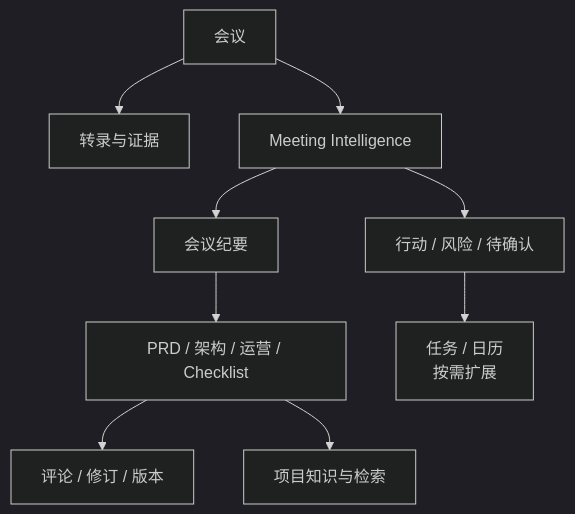
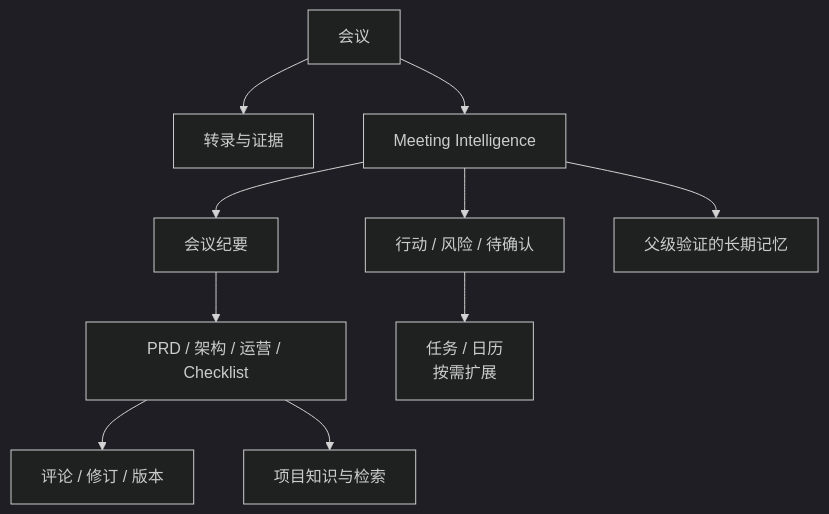
The diagram in wiki/13-office-agent-product-technical-review.md (DESONGs/assignment-agent), drawn with Mermaid (dark theme) before and after one commit. The commit also changed other lines of this file and 53 other files, not shown here.

````diff
--- a/wiki/13-office-agent-product-technical-review.md
+++ b/wiki/13-office-agent-product-technical-review.md
@@ -15,11 +15,12 @@
 ```mermaid
 graph TD
     Meeting["会议"] --> Transcript["转录与证据"]
     Meeting --> Intelligence["Meeting Intelligence"]
     Intelligence --> Minutes["会议纪要"]
     Intelligence --> Actions["行动 / 风险 / 待确认"]
     Minutes --> Docs["PRD / 架构 / 运营 / Checklist"]
     Docs --> Revision["评论 / 修订 / 版本"]
     Actions --> Future["任务 / 日历\n按需扩展"]
+    Intelligence --> Memory["父级验证的长期记忆"]
     Docs --> Knowledge["项目知识与检索"]
 ```
````
